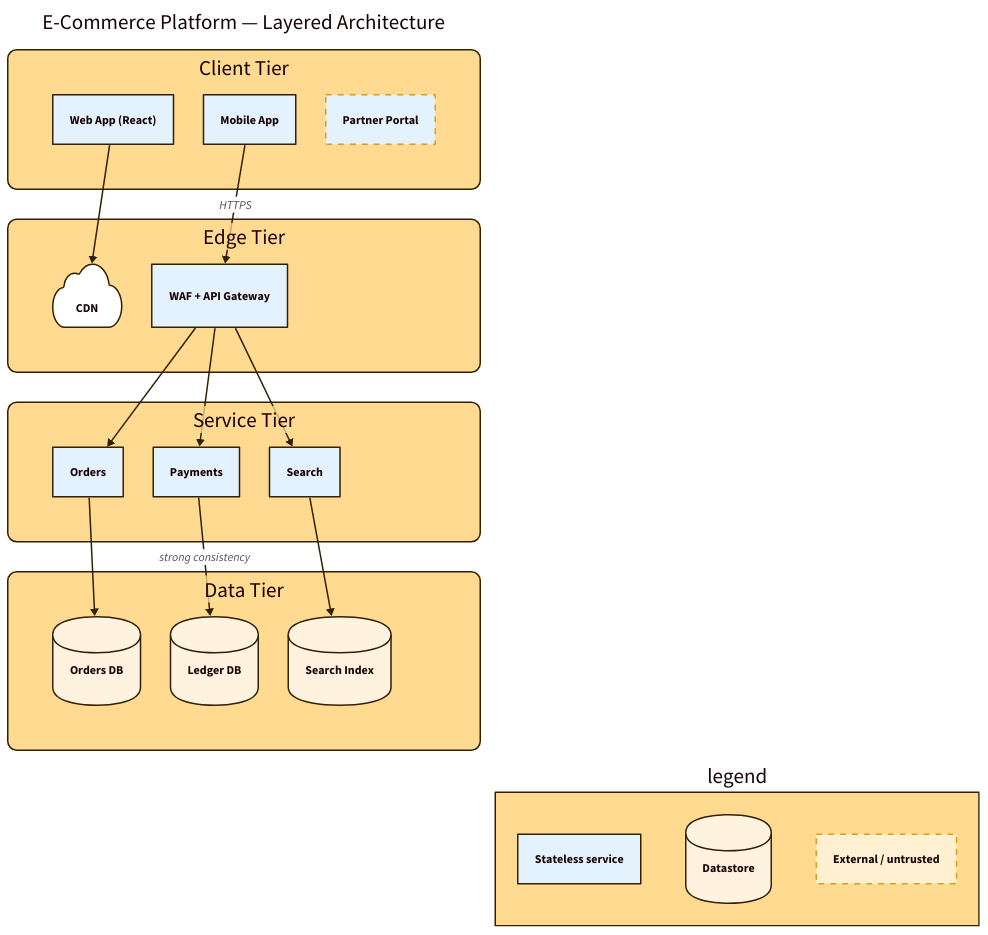
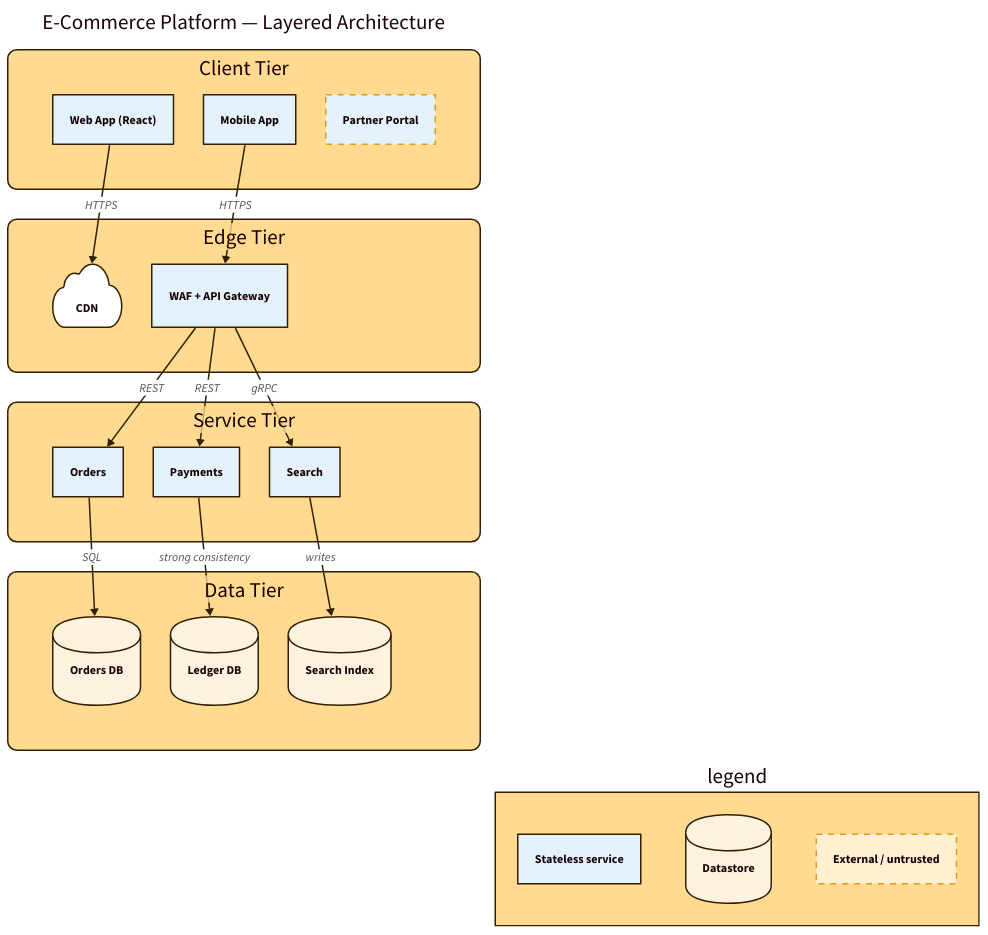
One commit to aksdrx/d2-mcp changed the diagram in skills/d2-diagrams/examples/architecture-grid.d2. Above: the diagram before and after it, drawn with D2. The commit also changed 8 other files, not shown here.

```diff
--- a/skills/d2-diagrams/examples/architecture-grid.d2
+++ b/skills/d2-diagrams/examples/architecture-grid.d2
@@ -1,87 +1,87 @@
 # Layered architecture, tiers stacked with a root-level grid.
 # Bake-off (this file, d2 v0.9.0): dagre 1377x1306 (a=1.05), elk 1337x1310
 # (a=1.02), tala 1039x1502 (a=0.69); 0 crossings, 0 edge-over-shape on all —
 # dagre pinned below. Aspect inside the 3:2-16:9 band.
 
 vars: {
   d2-config: {
     layout-engine: dagre
     theme-id: 105
     pad: 40
   }
 }
 
 title: E-Commerce Platform — Layered Architecture {
   near: top-center
   shape: text
   style.font-size: 28
 }
 
 classes: {
   layer: {
     style: {
       border-radius: 12
       stroke-width: 2
     }
   }
   stateless: {style.fill: "#E3F2FD"}
   stateful: {shape: cylinder; style.fill: "#FFF3E0"}
   external: {style.stroke-dash: 4}
 }
 
 # Root-level grid: one row per tier, stacked top to bottom.
 # (grid-* on a container alone makes siblings arrange left-to-right on
 # dagre/elk regardless of direction — the root grid is what stacks them.)
 grid-rows: 4
 direction: down
 
 client: Client Tier {
   class: layer
   grid-columns: 3
 
   web: Web App (React) {class: stateless}
   mobile: Mobile App {class: stateless}
   partner: Partner Portal {class: [stateless; external]}
 }
 
 edge: Edge Tier {
   class: layer
   grid-columns: 2
 
   cdn: CDN {shape: cloud}
   waf: WAF + API Gateway {class: stateless}
 }
 
 services: Service Tier {
   class: layer
   grid-columns: 3
 
   orders: Orders {class: stateless}
   payments: Payments {class: stateless}
   search: Search {class: stateless}
 }
 
 data: Data Tier {
   class: layer
   grid-columns: 3
 
   orders_db: Orders DB {class: stateful}
   ledger: Ledger DB {class: stateful}
   index: Search Index {class: stateful}
 }
 
-client.web -> edge.cdn
+client.web -> edge.cdn: HTTPS
 client.mobile -> edge.waf: HTTPS
-edge.waf -> services.orders
-edge.waf -> services.payments
-edge.waf -> services.search
-services.orders -> data.orders_db
+edge.waf -> services.orders: REST
+edge.waf -> services.payments: REST
+edge.waf -> services.search: gRPC
+services.orders -> data.orders_db: SQL
 services.payments -> data.ledger: strong consistency
-services.search -> data.index
+services.search -> data.index: writes
 
 legend: {
   near: bottom-right
   s: Stateless service {style.fill: "#E3F2FD"}
   d: Datastore {shape: cylinder; style.fill: "#FFF3E0"}
   e: External / untrusted {style.stroke-dash: 4}
 }
```
